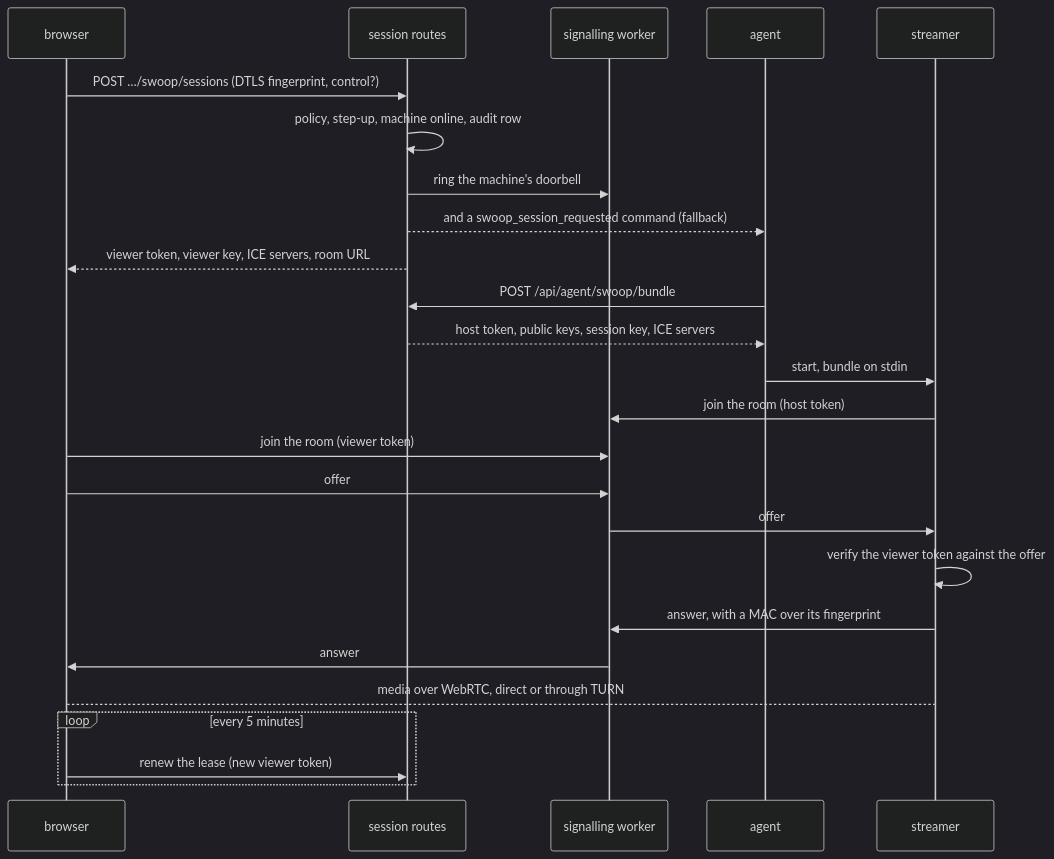
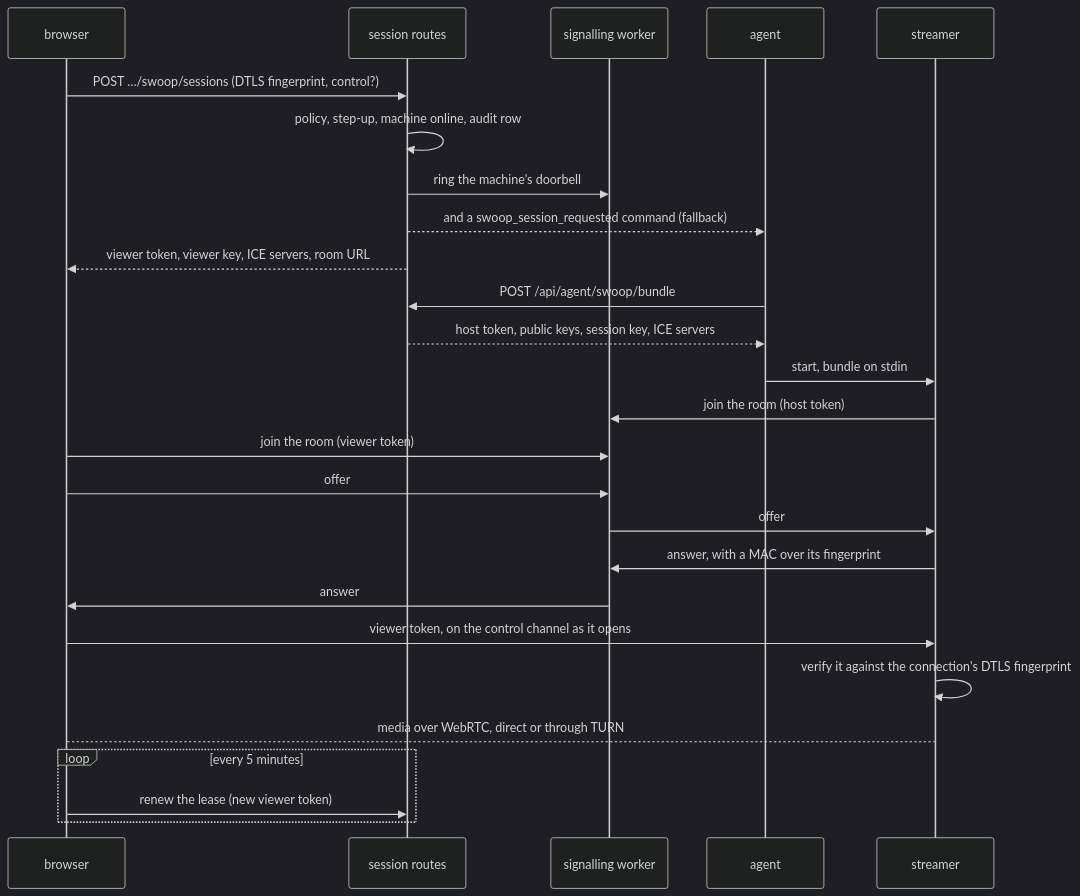
The second of 11 diagrams in web/content/docs/architecture.mdx (tridant-io/owlette), drawn with Mermaid (dark theme) before and after one commit. The commit also changed other lines of this file and 113 other files, not shown here.

````diff
--- a/web/content/docs/architecture.mdx
+++ b/web/content/docs/architecture.mdx
@@ -190,28 +190,29 @@
 ```mermaid
 sequenceDiagram
     participant B as browser
     participant API as session routes
     participant W as signalling worker
     participant A as agent
     participant S as streamer
 
     B->>API: POST …/swoop/sessions (DTLS fingerprint, control?)
     API->>API: policy, step-up, machine online, audit row
     API->>W: ring the machine's doorbell
     API-->>A: and a swoop_session_requested command (fallback)
     API-->>B: viewer token, viewer key, ICE servers, room URL
     A->>API: POST /api/agent/swoop/bundle
     API-->>A: host token, public keys, session key, ICE servers
     A->>S: start, bundle on stdin
     S->>W: join the room (host token)
     B->>W: join the room (viewer token)
     B->>W: offer
     W->>S: offer
-    S->>S: verify the viewer token against the offer
     S->>W: answer, with a MAC over its fingerprint
     W->>B: answer
+    B->>S: viewer token, on the control channel as it opens
+    S->>S: verify it against the connection's DTLS fingerprint
     B-->S: media over WebRTC, direct or through TURN
     loop every 5 minutes
         B->>API: renew the lease (new viewer token)
     end
 ```
````
